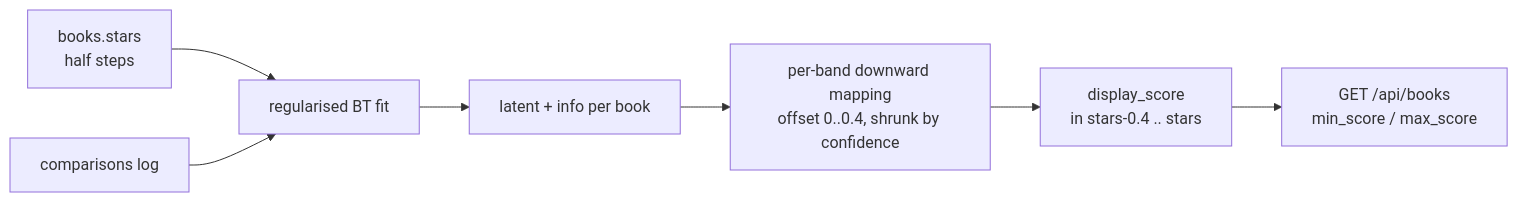
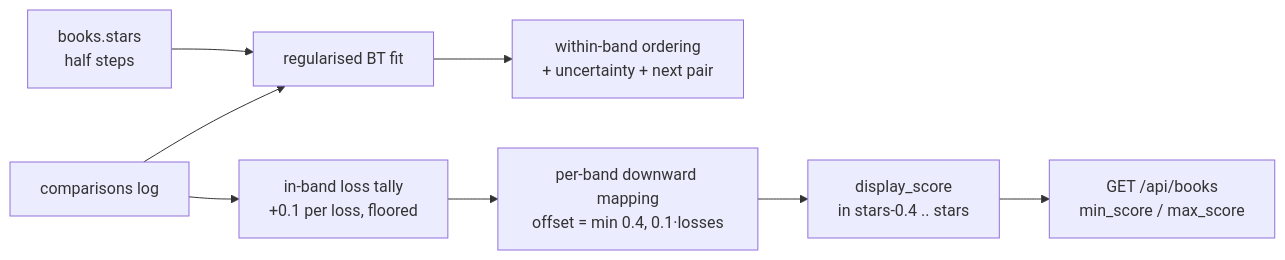
The diagram in docs/rating-engine-algorithm.md (gmiszcz/shelfie), drawn with Mermaid before and after one commit. The commit also changed other lines of this file and 9 other files, not shown here.

````diff
--- a/docs/rating-engine-algorithm.md
+++ b/docs/rating-engine-algorithm.md
@@ -243,9 +255,10 @@
 ```mermaid
 flowchart LR
   stars[books.stars<br/>half steps] --> fit
   log[comparisons log] --> fit[regularised BT fit]
-  fit --> latent[latent + info per book]
-  latent --> band[per-band downward mapping<br/>offset 0..0.4, shrunk by confidence]
+  log --> losses[in-band loss tally<br/>+0.1 per loss, floored]
+  fit --> order[within-band ordering<br/>+ uncertainty + next pair]
+  losses --> band[per-band downward mapping<br/>offset = min 0.4, 0.1·losses]
   band --> display[display_score<br/>in stars-0.4 .. stars]
   display --> api[GET /api/books<br/>min_score / max_score]
 ```
````
